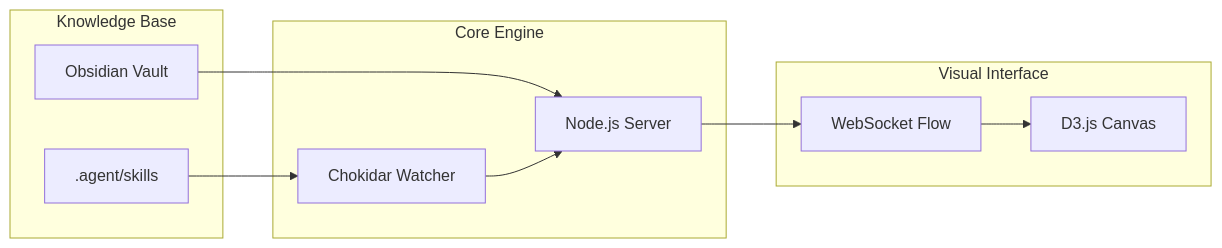
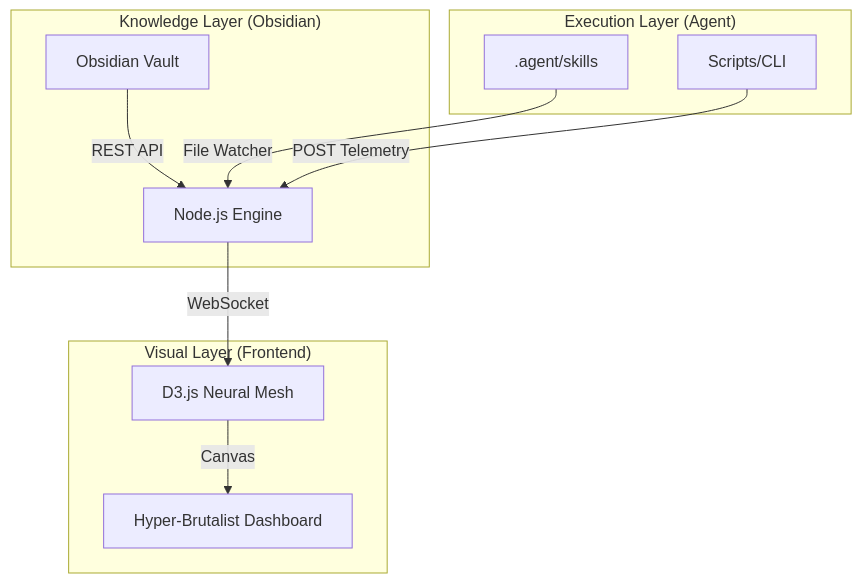
The diagram in README.md (KaueBR12/Antigravity-Ecosystem), drawn with Mermaid before and after one commit. The commit also changed other lines of this file and 2 other files, not shown here.

Commit message:
docs: overhaul READMEs with premium hyper-brutalist design, detailed architecture, and new project banner

````diff
--- a/README.md
+++ b/README.md
@@ -37,23 +50,16 @@
 ```mermaid
-graph LR
-    subgraph "Knowledge Base"
-        OBS[Obsidian Vault]
-        SKL[.agent/skills]
+graph TD
+    subgraph "Knowledge Layer (Obsidian)"
+        A[Obsidian Vault] -->|REST API| B[Node.js Engine]
     end
 
-    subgraph "Core Engine"
-        SRV[Node.js Server]
-        WTC[Chokidar Watcher]
+    subgraph "Execution Layer (Agent)"
+        C[.agent/skills] -->|File Watcher| B
+        D[Scripts/CLI] -->|POST Telemetry| B
     end
 
-    subgraph "Visual Interface"
-        D3[D3.js Canvas]
-        WEB[WebSocket Flow]
+    subgraph "Visual Layer (Frontend)"
+        B -->|WebSocket| E[D3.js Neural Mesh]
+        E -->|Canvas| F[Hyper-Brutalist Dashboard]
     end
-
-    SKL --> WTC
-    OBS --> SRV
-    WTC --> SRV
-    SRV --> WEB
-    WEB --> D3
 ```
````
